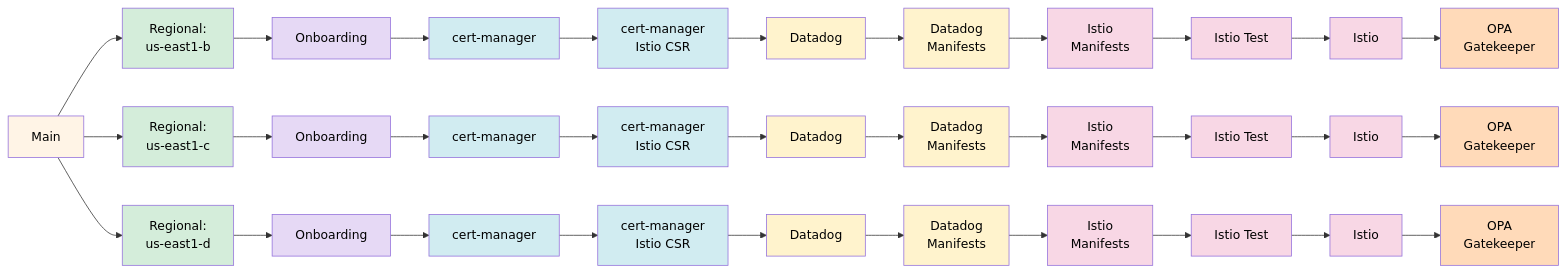
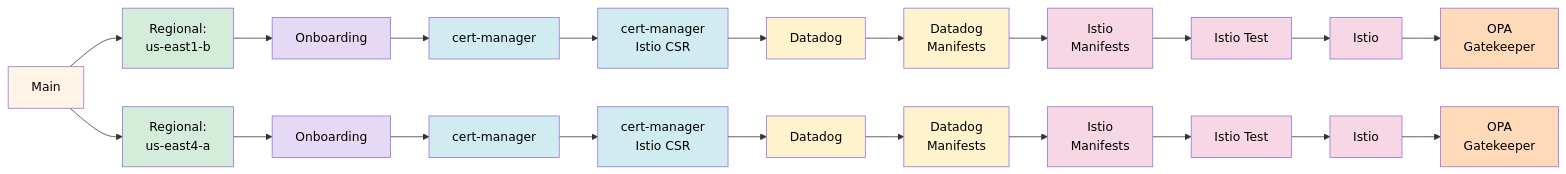
The diagram in README.md (osinfra-io/pt-pneuma), drawn with Mermaid before and after one commit. The commit also changed other lines of this file and 5 other files, not shown here.

````diff
--- a/README.md
+++ b/README.md
@@ -85,76 +83,56 @@
 ```mermaid
 graph LR
     B[Main]
 
     B --> C1[Regional:<br/>us-east1-b]
-    B --> C2[Regional:<br/>us-east1-c]
-    B --> C3[Regional:<br/>us-east1-d]
+    B --> C2[Regional:<br/>us-east4-a]
 
     C1 --> D1[Onboarding]
     C2 --> D2[Onboarding]
-    C3 --> D3[Onboarding]
 
     D1 --> E1[cert-manager]
     D2 --> E2[cert-manager]
-    D3 --> E3[cert-manager]
 
     E1 --> F1[cert-manager<br/>Istio CSR]
     E2 --> F2[cert-manager<br/>Istio CSR]
-    E3 --> F3[cert-manager<br/>Istio CSR]
 
     F1 --> G1[Datadog]
     F2 --> G2[Datadog]
-    F3 --> G3[Datadog]
 
     G1 --> H1[Datadog<br/>Manifests]
     G2 --> H2[Datadog<br/>Manifests]
-    G3 --> H3[Datadog<br/>Manifests]
 
     H1 --> I1[Istio<br/>Manifests]
     H2 --> I2[Istio<br/>Manifests]
-    H3 --> I3[Istio<br/>Manifests]
 
     I1 --> J1[Istio Test]
     I2 --> J2[Istio Test]
-    I3 --> J3[Istio Test]
 
     J1 --> K1[Istio]
     J2 --> K2[Istio]
-    J3 --> K3[Istio]
 
     K1 --> L1[OPA<br/>Gatekeeper]
     K2 --> L2[OPA<br/>Gatekeeper]
-    K3 --> L3[OPA<br/>Gatekeeper]
 
     style B fill:#fff4e6,color:#000
     style C1 fill:#d4edda,color:#000
     style C2 fill:#d4edda,color:#000
-    style C3 fill:#d4edda,color:#000
     style D1 fill:#e6d9f5,color:#000
     style D2 fill:#e6d9f5,color:#000
-    style D3 fill:#e6d9f5,color:#000
     style E1 fill:#d1ecf1,color:#000
     style E2 fill:#d1ecf1,color:#000
-    style E3 fill:#d1ecf1,color:#000
     style F1 fill:#d1ecf1,color:#000
     style F2 fill:#d1ecf1,color:#000
-    style F3 fill:#d1ecf1,color:#000
     style G1 fill:#fff3cd,color:#000
     style G2 fill:#fff3cd,color:#000
-    style G3 fill:#fff3cd,color:#000
     style H1 fill:#fff3cd,color:#000
     style H2 fill:#fff3cd,color:#000
-    style H3 fill:#fff3cd,color:#000
     style I1 fill:#f8d7e5,color:#000
     style I2 fill:#f8d7e5,color:#000
-    style I3 fill:#f8d7e5,color:#000
     style J1 fill:#f8d7e5,color:#000
     style J2 fill:#f8d7e5,color:#000
-    style J3 fill:#f8d7e5,color:#000
     style K1 fill:#f8d7e5,color:#000
     style K2 fill:#f8d7e5,color:#000
-    style K3 fill:#f8d7e5,color:#000
     style L1 fill:#ffdab9,color:#000
     style L2 fill:#ffdab9,color:#000
-    style L3 fill:#ffdab9,color:#000
 ```
````
